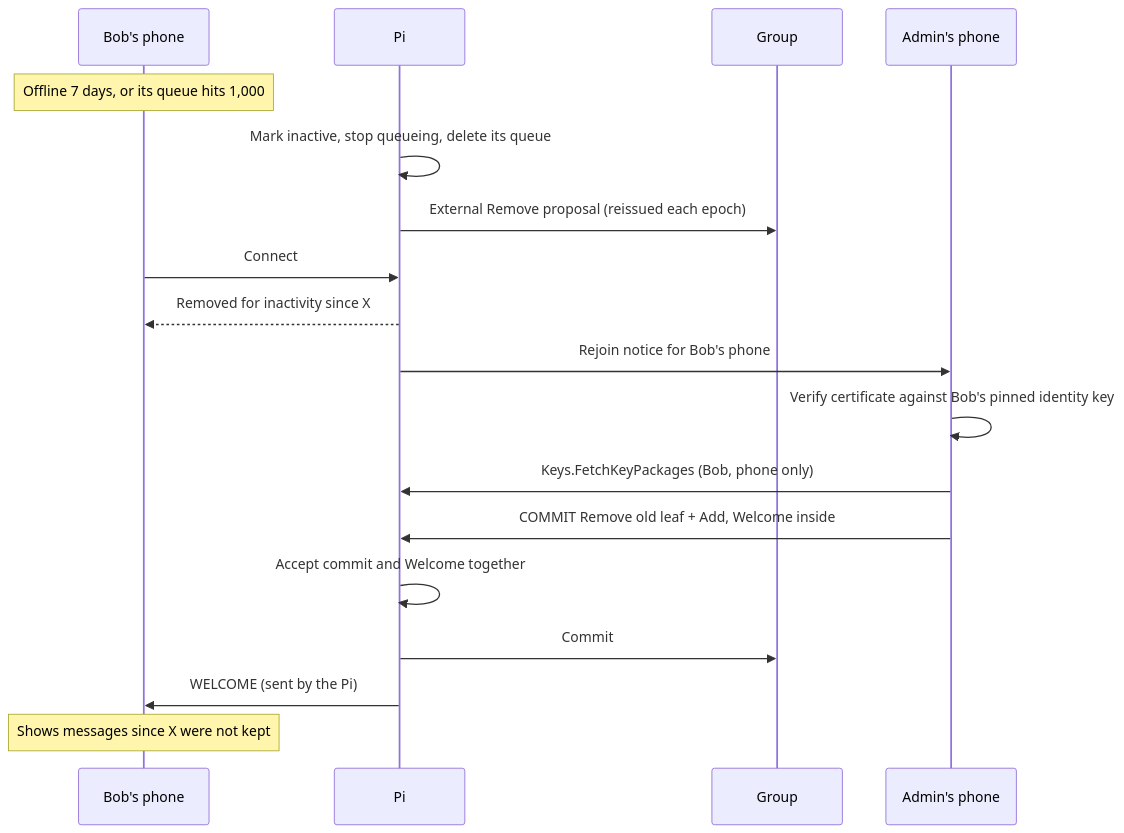
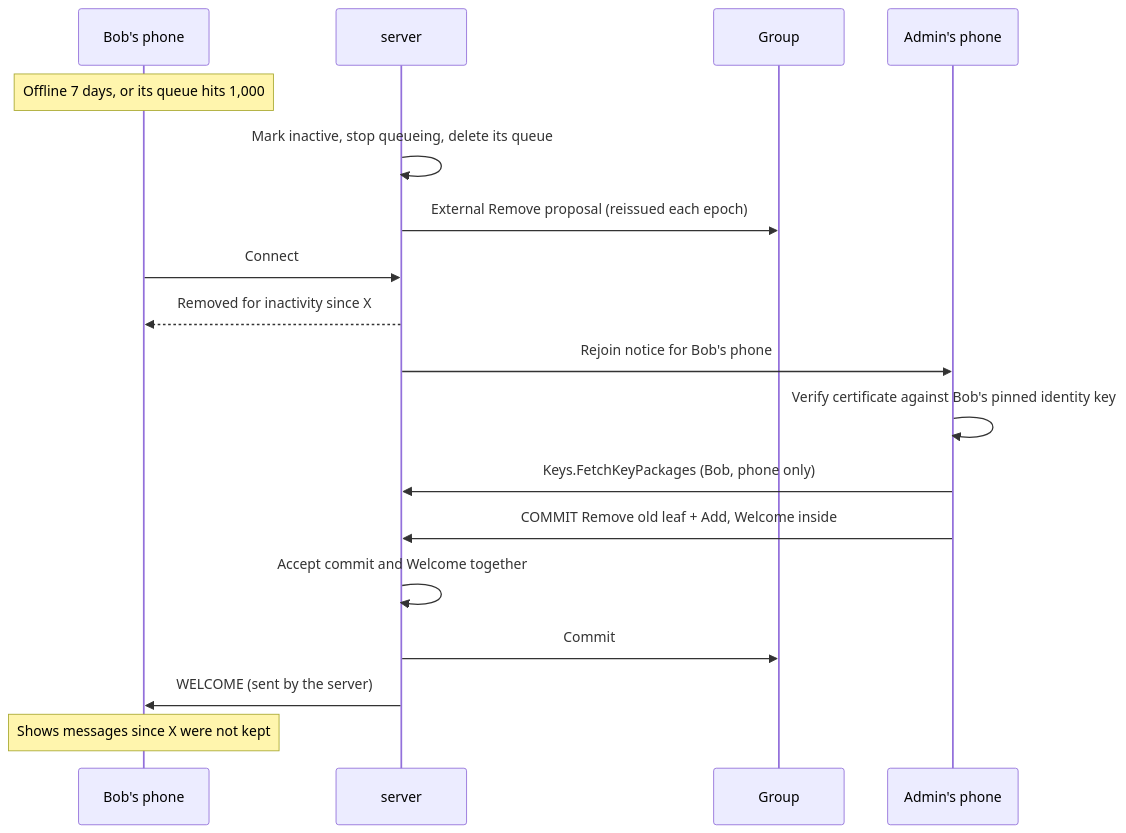
Before and after one commit to koppathachan/vyajena: the fourth of 5 diagrams in openspec/changes/archive/2026-11-08-core-wire-protocol/design.md, drawn with Mermaid. The commit also changed other lines of this file and 437 other files, not shown here.

````diff
--- a/openspec/changes/archive/2026-11-08-core-wire-protocol/design.md
+++ b/openspec/changes/archive/2026-11-08-core-wire-protocol/design.md
@@ -247,20 +247,20 @@
 ```mermaid
 sequenceDiagram
   participant D as Bob's phone
-  participant P as Pi
+  participant P as server
   participant G as Group
   participant A as Admin's phone
   Note over D: Offline 7 days, or its queue hits 1,000
   P->>P: Mark inactive, stop queueing, delete its queue
   P->>G: External Remove proposal (reissued each epoch)
   D->>P: Connect
   P-->>D: Removed for inactivity since X
   P->>A: Rejoin notice for Bob's phone
   A->>A: Verify certificate against Bob's pinned identity key
   A->>P: Keys.FetchKeyPackages (Bob, phone only)
   A->>P: COMMIT Remove old leaf + Add, Welcome inside
   P->>P: Accept commit and Welcome together
   P->>G: Commit
-  P->>D: WELCOME (sent by the Pi)
+  P->>D: WELCOME (sent by the server)
   Note over D: Shows messages since X were not kept
 ```
````
